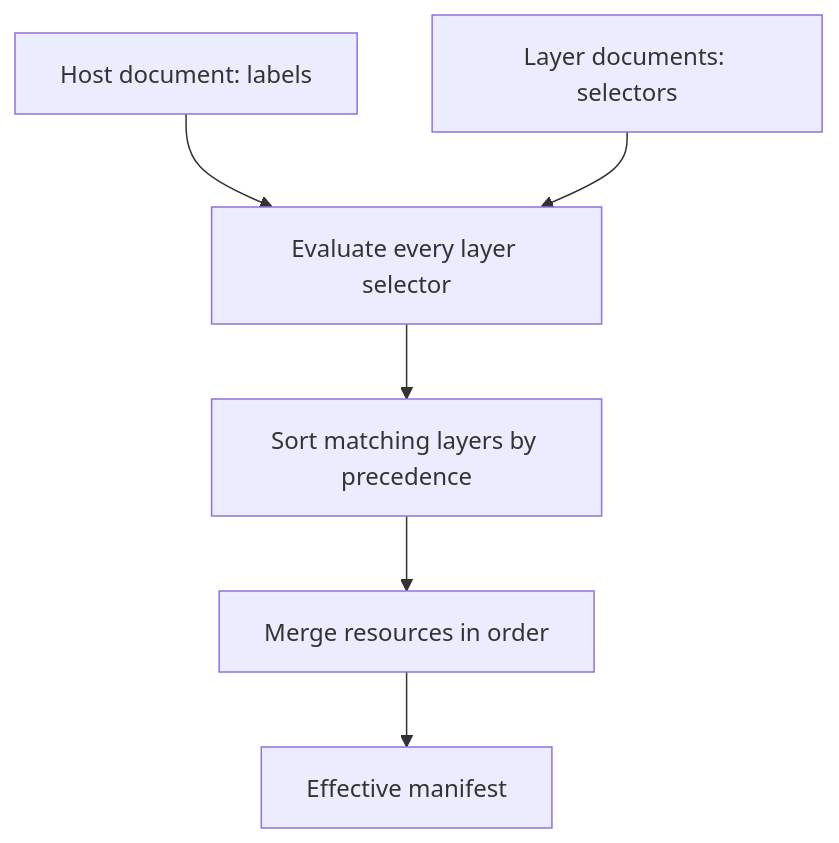
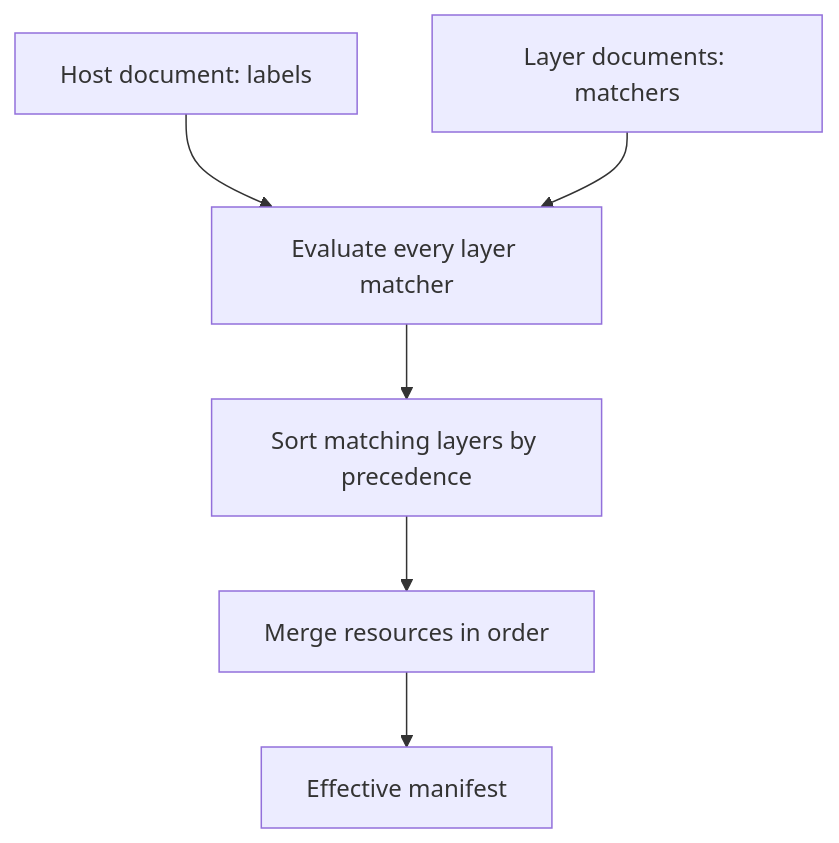
One commit to dsgnr/datum changed the diagram in docs/fleet/index.md. Above: the diagram before and after it, drawn with Mermaid. The commit also changed other lines of this file and 52 other files, not shown here.

````diff
--- a/docs/fleet/index.md
+++ b/docs/fleet/index.md
@@ -13,8 +13,8 @@
 ```mermaid
 graph TD
-  host["Host document: labels"] --> match[Evaluate every layer selector]
-  layers["Layer documents: selectors"] --> match
+  host["Host document: labels"] --> match[Evaluate every layer matcher]
+  layers["Layer documents: matchers"] --> match
   match --> order[Sort matching layers by precedence]
   order --> merge[Merge resources in order]
   merge --> manifest[Effective manifest]
 ```
````
